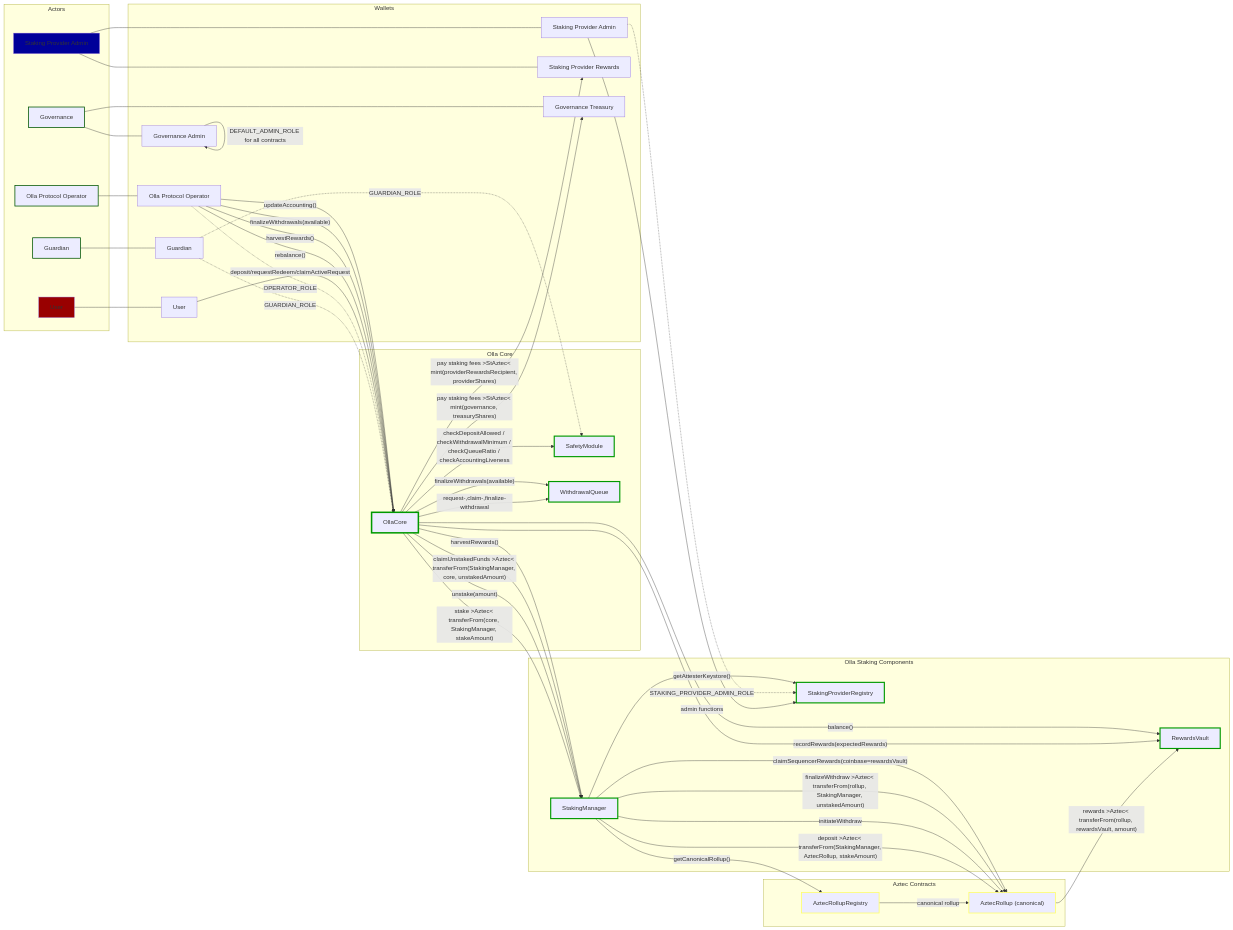
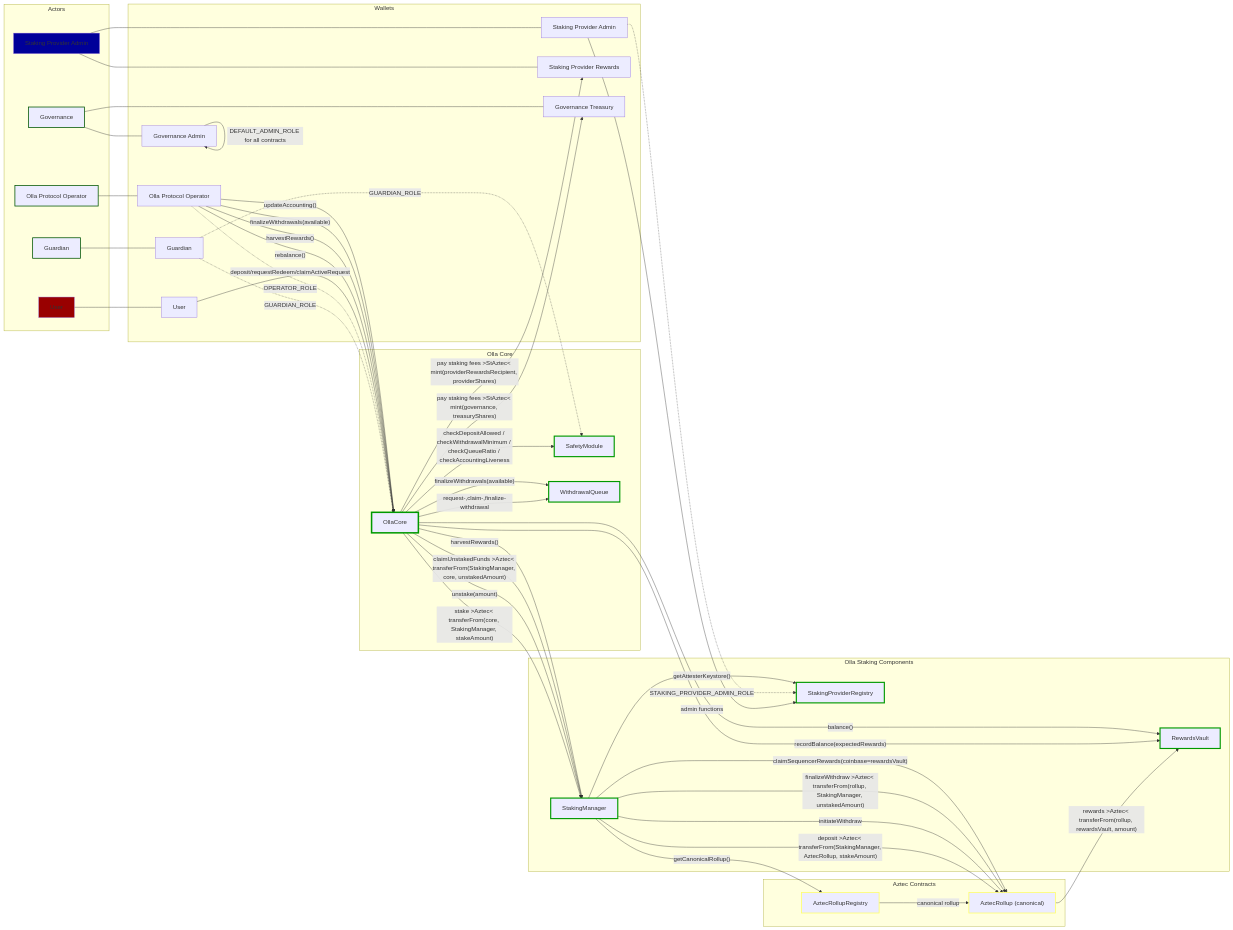
Before and after one commit to ollafinance/core: the first of 6 diagrams in mermaid-diagrams.md, drawn with Mermaid. The commit also changed other lines of this file and 12 other files, not shown here.

```diff
--- a/mermaid-diagrams.md
+++ b/mermaid-diagrams.md
@@ -84,7 +84,7 @@
 rollupRegistry -->|"canonical rollup"| rollup
 stkMan -->|"claimSequencerRewards(coinbase=rewardsVault)"| rollup
 rollup -->|"rewards >Aztec< transferFrom(rollup, rewardsVault, amount)"| rewards
-core -->|"recordRewards(expectedRewards)"| rewards
+core -->|"recordBalance(expectedRewards)"| rewards
 
 core -->|"finalizeWithdrawals(available)"| withdrawQ
 
```
